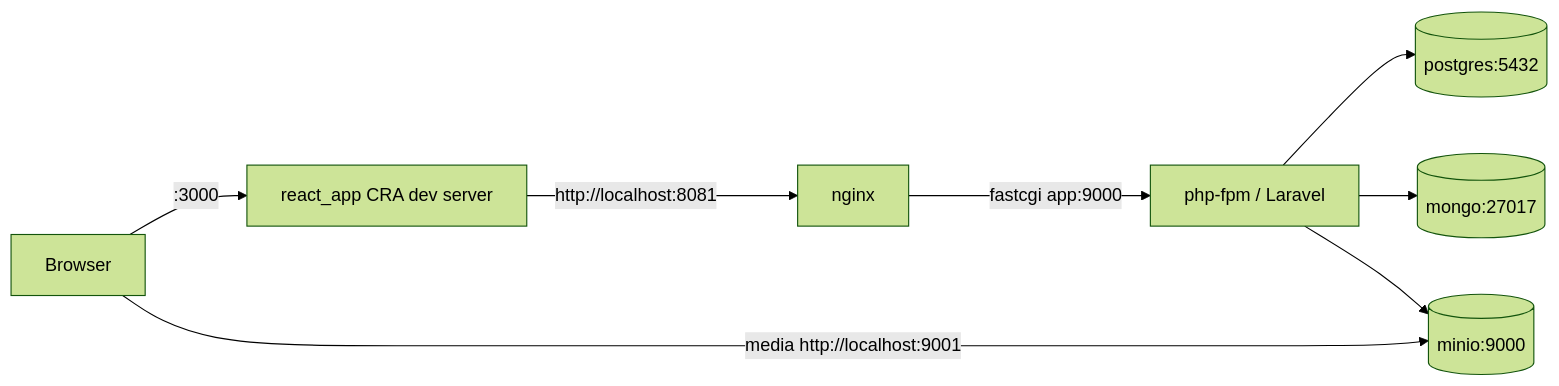
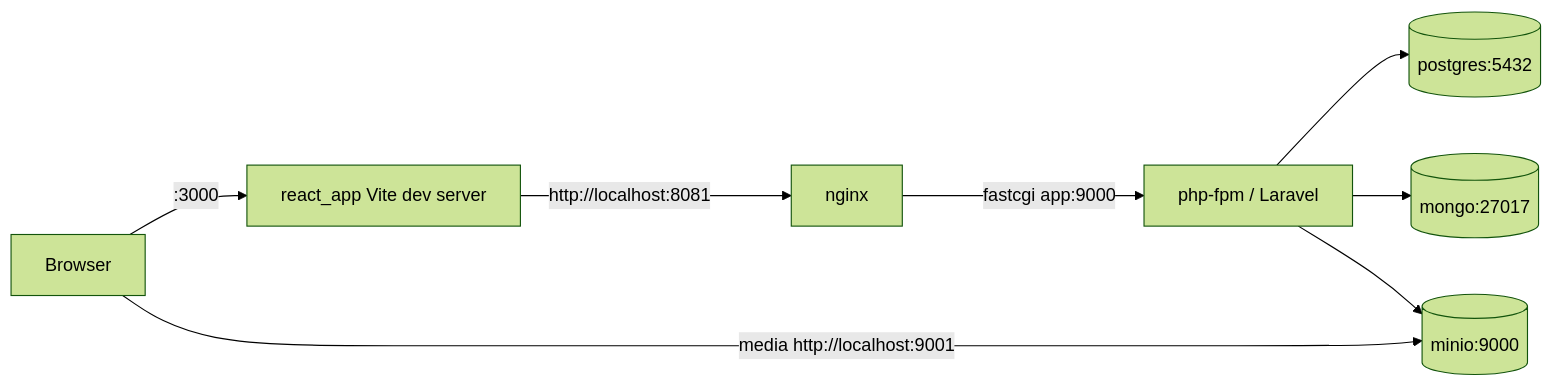
The diagram in README.md (mjmconvento/save_furry_friend), drawn with Mermaid (forest theme) before and after one commit. The commit also changed other lines of this file and 28 other files, not shown here.

````diff
--- a/README.md
+++ b/README.md
@@ -12,10 +12,10 @@
 ```mermaid
 graph LR
-  Browser -->|":3000"| React[react_app CRA dev server]
+  Browser -->|":3000"| React[react_app Vite dev server]
   React -->|"http://localhost:8081"| Nginx[nginx]
   Nginx -->|"fastcgi app:9000"| App[php-fpm / Laravel]
   App --> PG[(postgres:5432)]
   App --> Mongo[(mongo:27017)]
   App --> Minio[(minio:9000)]
   Browser -->|"media http://localhost:9001"| Minio
 ```
````
